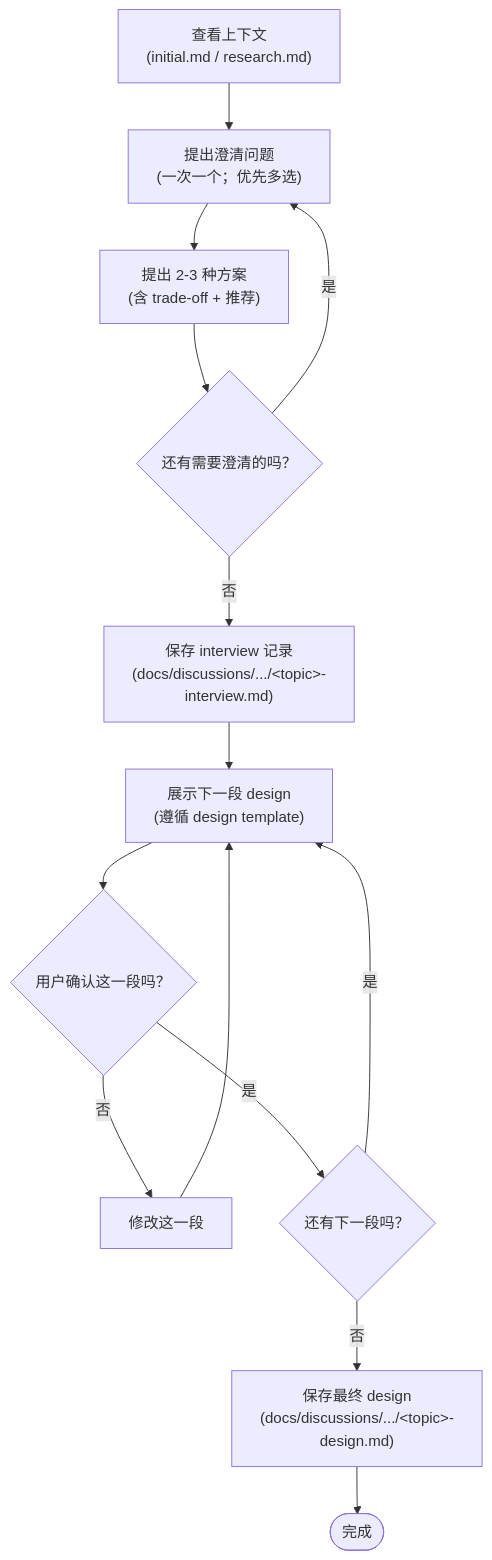
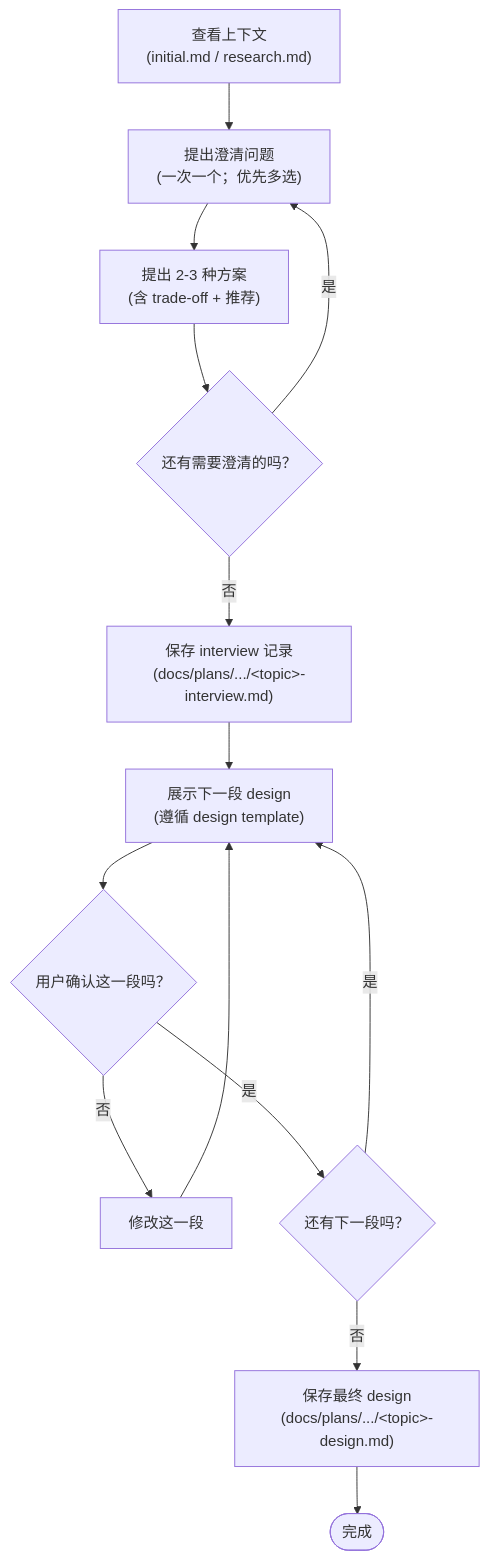
One commit to Hikaru518/opencode-config changed the diagram in .opencode/skills/brainstorm/references/brainstorm-interview.md. Above: the diagram before and after it, drawn with Mermaid. The commit also changed other lines of this file and 13 other files, not shown here.

````diff
--- a/.opencode/skills/brainstorm/references/brainstorm-interview.md
+++ b/.opencode/skills/brainstorm/references/brainstorm-interview.md
@@ -50,26 +50,26 @@
 ```mermaid
 flowchart TD
     A["查看上下文<br/>(initial.md / research.md)"]
     B["提出澄清问题<br/>(一次一个；优先多选)"]
     C["提出 2-3 种方案<br/>(含 trade-off + 推荐)"]
     D{还有需要澄清的吗？}
-    E["保存 interview 记录<br/>(docs/discussions/.../&lt;topic&gt;-interview.md)"]
+    E["保存 interview 记录<br/>(docs/plans/.../&lt;topic&gt;-interview.md)"]
     F["展示下一段 design<br/>(遵循 design template)"]
     G{用户确认这一段吗？}
     R[修改这一段]
     H{还有下一段吗？}
-    I["保存最终 design<br/>(docs/discussions/.../&lt;topic&gt;-design.md)"]
+    I["保存最终 design<br/>(docs/plans/.../&lt;topic&gt;-design.md)"]
     J([完成])
 
     A --> B
     B --> C
     C --> D
     D -- "是" --> B
     D -- "否" --> E
     E --> F
     F --> G
     G -- "否" --> R --> F
     G -- "是" --> H
     H -- "是" --> F
     H -- "否" --> I --> J
 ```
````
